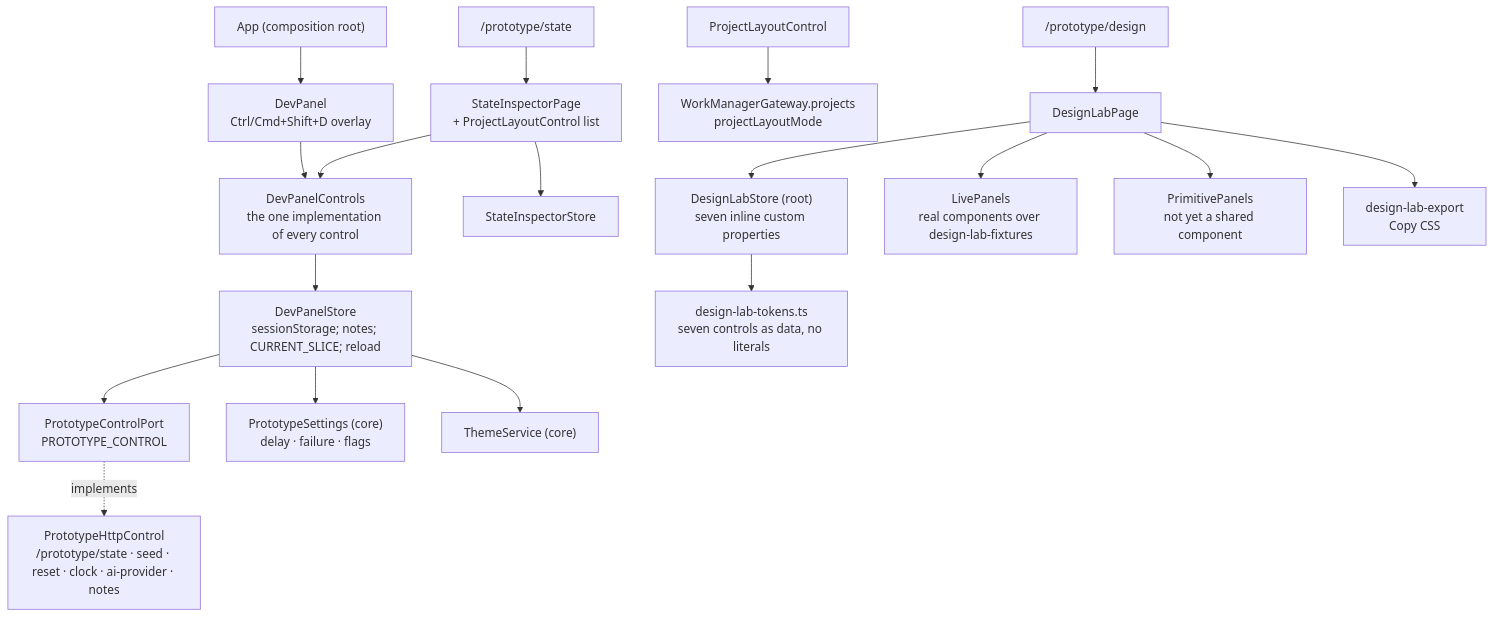
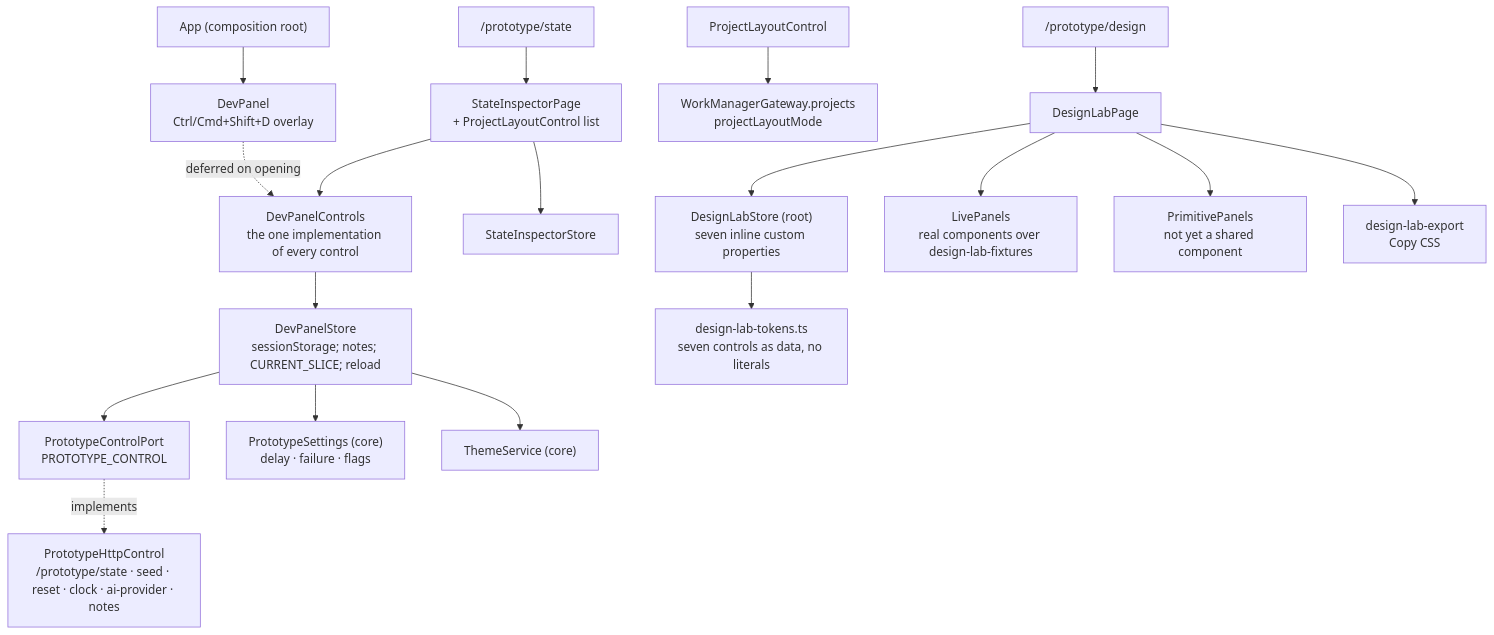
The diagram in docs/architecture/web/prototype-tooling/what.md (CalciteDragon/Canvas-work-manager-prototype), drawn with Mermaid before and after one commit. The commit also changed other lines of this file and 78 other files, not shown here.

Commit message:
feat(slice62): add safe Markdown authoring and defer panel controls (§29 §30 §46)

````diff
--- a/docs/architecture/web/prototype-tooling/what.md
+++ b/docs/architecture/web/prototype-tooling/what.md
@@ -5,20 +5,20 @@
 ```mermaid
 flowchart TB
   app["App (composition root)"] --> panel["DevPanel<br/>Ctrl/Cmd+Shift+D overlay"]
   route["/prototype/state"] --> inspector["StateInspectorPage<br/>+ ProjectLayoutControl list"]
-  panel --> controls["DevPanelControls<br/>the one implementation of every control"]
+  panel -. "deferred on opening" .-> controls["DevPanelControls<br/>the one implementation of every control"]
   inspector --> controls
   controls --> dstore["DevPanelStore<br/>sessionStorage; notes; CURRENT_SLICE; reload"]
   inspector --> istore["StateInspectorStore"]
   dstore --> port["PrototypeControlPort<br/>PROTOTYPE_CONTROL"]
   port -. implements .-> http["PrototypeHttpControl<br/>/prototype/state · seed · reset · clock · ai-provider · notes"]
   dstore --> settings["PrototypeSettings (core)<br/>delay · failure · flags"]
   dstore --> theme["ThemeService (core)"]
   layout["ProjectLayoutControl"] --> gw["WorkManagerGateway.projects<br/>projectLayoutMode"]
   route2["/prototype/design"] --> lab["DesignLabPage"]
   lab --> lstore["DesignLabStore (root)<br/>seven inline custom properties"]
   lab --> live["LivePanels<br/>real components over design-lab-fixtures"]
   lab --> prim["PrimitivePanels<br/>not yet a shared component"]
   lab --> export["design-lab-export<br/>Copy CSS"]
   lstore --> tokens["design-lab-tokens.ts<br/>seven controls as data, no literals"]
 ```
````
